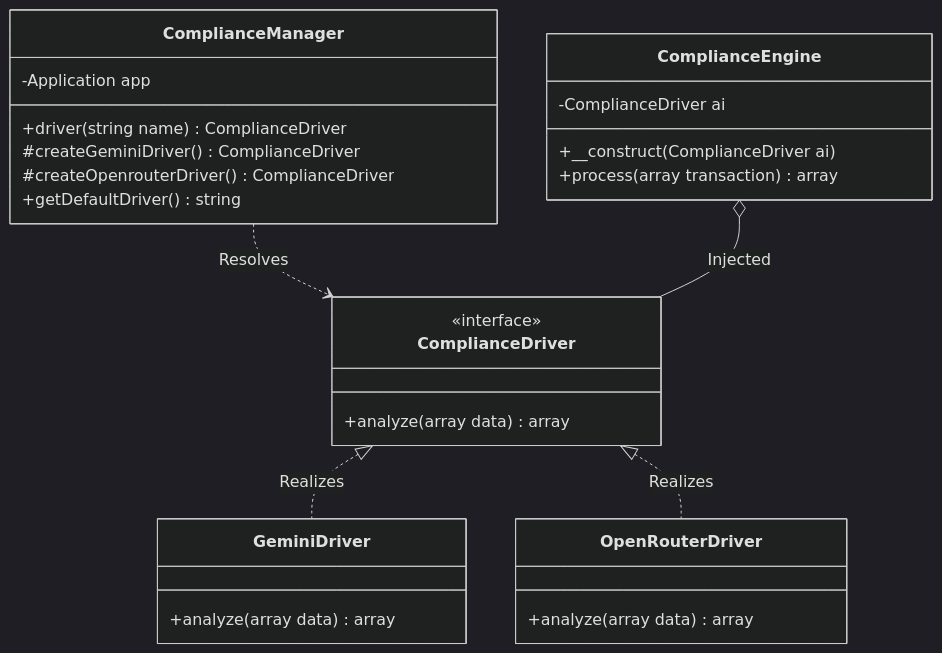
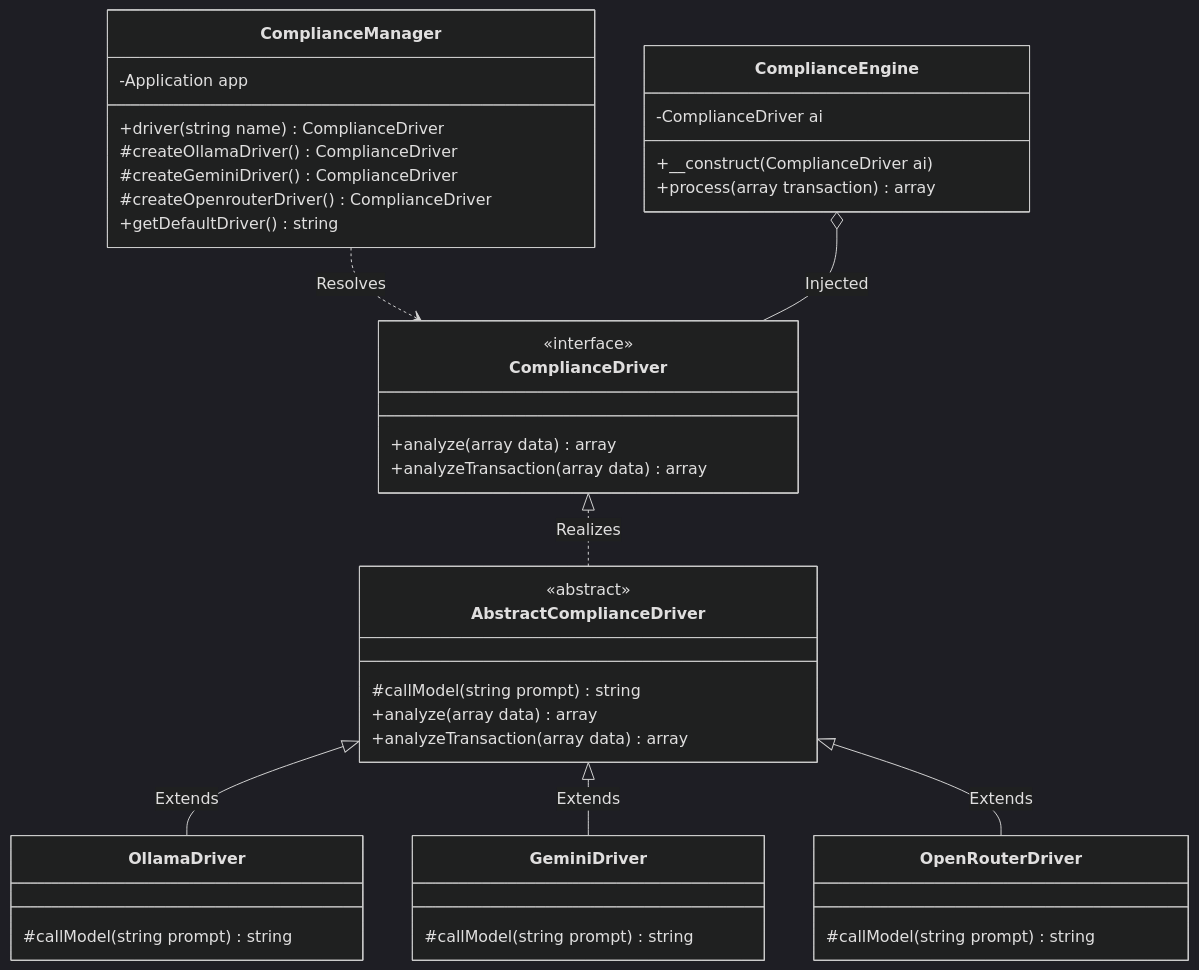
The sixth of 7 diagrams in README.md (obrienma/sentinel-l7), drawn with Mermaid (dark theme) before and after one commit. The commit also changed other lines of this file and 15 other files, not shown here.

First line of the commit message:
feat(compliance): default SENTINEL_AI_DRIVER to ollama; ADR-0027 + doc sweep

````diff
--- a/README.md
+++ b/README.md
@@ -323,36 +323,51 @@
 ```mermaid
 classDiagram
     direction TB
 
     class ComplianceDriver {
         <<interface>>
         +analyze(array data) array
+        +analyzeTransaction(array data) array
+    }
+
+    class AbstractComplianceDriver {
+        <<abstract>>
+        #callModel(string prompt) string
+        +analyze(array data) array
+        +analyzeTransaction(array data) array
+    }
+
+    class OllamaDriver {
+        #callModel(string prompt) string
     }
 
     class GeminiDriver {
-        +analyze(array data) array
+        #callModel(string prompt) string
     }
 
     class OpenRouterDriver {
-        +analyze(array data) array
+        #callModel(string prompt) string
     }
 
     class ComplianceManager {
         -Application app
         +driver(string name) ComplianceDriver
+        #createOllamaDriver() ComplianceDriver
         #createGeminiDriver() ComplianceDriver
         #createOpenrouterDriver() ComplianceDriver
         +getDefaultDriver() string
     }
 
     class ComplianceEngine {
         -ComplianceDriver ai
         +__construct(ComplianceDriver ai)
         +process(array transaction) array
     }
 
-    ComplianceDriver <|.. GeminiDriver : Realizes
-    ComplianceDriver <|.. OpenRouterDriver : Realizes
+    ComplianceDriver <|.. AbstractComplianceDriver : Realizes
+    AbstractComplianceDriver <|-- OllamaDriver : Extends
+    AbstractComplianceDriver <|-- GeminiDriver : Extends
+    AbstractComplianceDriver <|-- OpenRouterDriver : Extends
     ComplianceManager ..> ComplianceDriver : Resolves
     ComplianceEngine o-- ComplianceDriver : Injected
 ```
````
